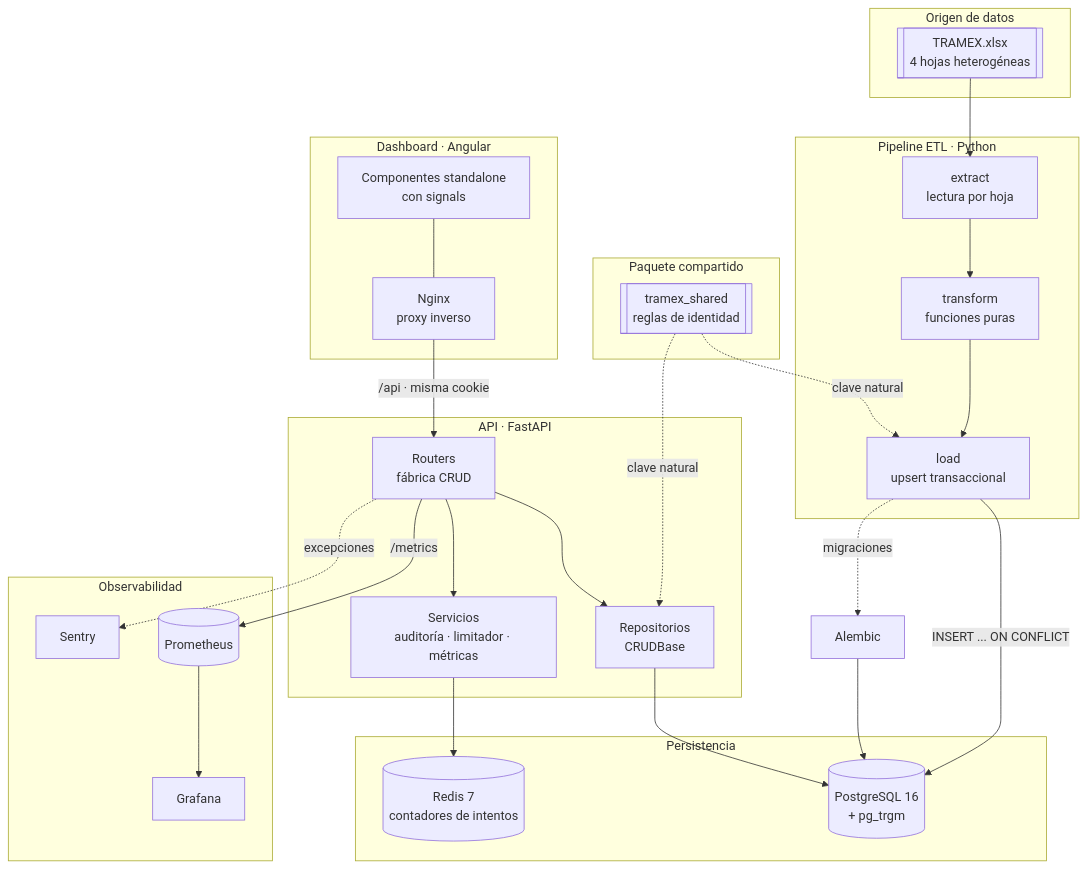
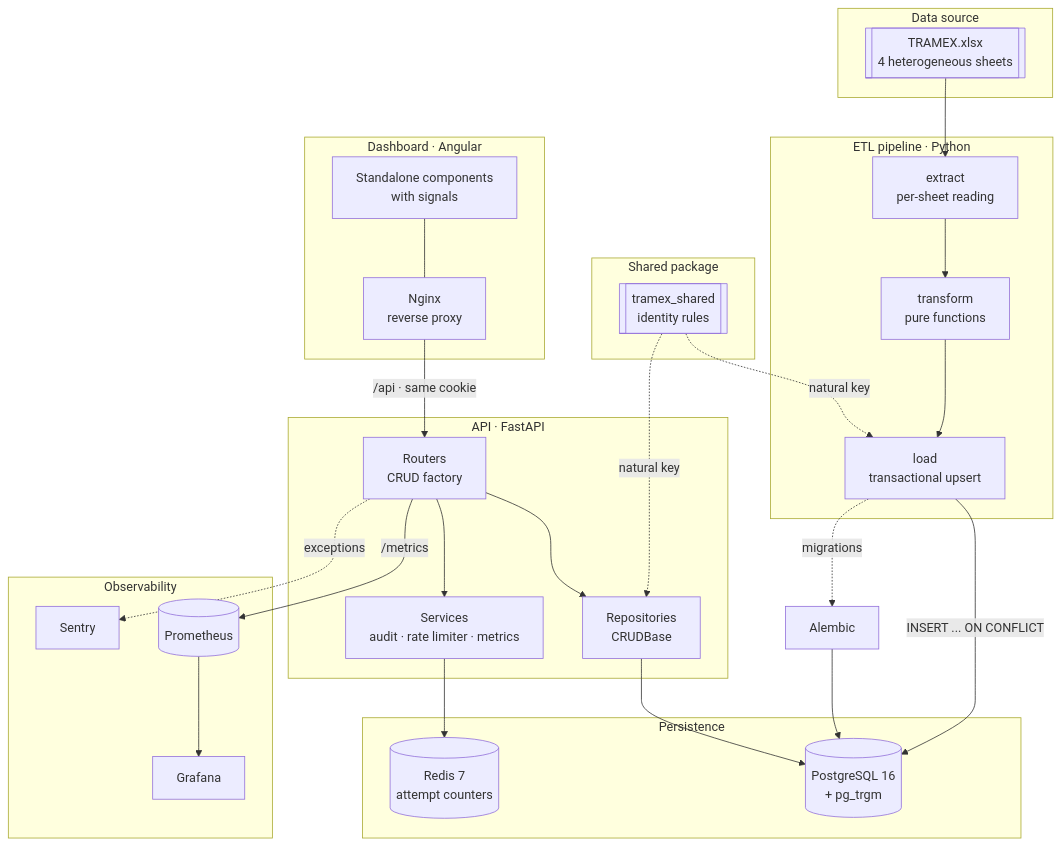
Before and after one commit to alexander-tinoco/tramex-etl: the first of 4 diagrams in README.md, drawn with Mermaid. The commit also changed other lines of this file and 10 other files, not shown here.

````diff
--- a/README.md
+++ b/README.md
@@ -52,55 +51,55 @@
 ```mermaid
 graph TB
-    subgraph Origen["Origen de datos"]
-        XLS[["TRAMEX.xlsx<br/>4 hojas heterogéneas"]]
+    subgraph Origen["Data source"]
+        XLS[["TRAMEX.xlsx<br/>4 heterogeneous sheets"]]
     end
 
-    subgraph Ingesta["Pipeline ETL · Python"]
-        EX[extract<br/>lectura por hoja]
-        TR[transform<br/>funciones puras]
-        LO[load<br/>upsert transaccional]
+    subgraph Ingesta["ETL pipeline · Python"]
+        EX[extract<br/>per-sheet reading]
+        TR[transform<br/>pure functions]
+        LO[load<br/>transactional upsert]
         EX --> TR --> LO
     end
 
-    subgraph Compartido["Paquete compartido"]
-        ID[["tramex_shared<br/>reglas de identidad"]]
+    subgraph Compartido["Shared package"]
+        ID[["tramex_shared<br/>identity rules"]]
     end
 
     subgraph Servidor["API · FastAPI"]
-        RT[Routers<br/>fábrica CRUD]
-        CR[Repositorios<br/>CRUDBase]
-        SV[Servicios<br/>auditoría · limitador · métricas]
+        RT[Routers<br/>CRUD factory]
+        CR[Repositories<br/>CRUDBase]
+        SV[Services<br/>audit · rate limiter · metrics]
         RT --> CR
         RT --> SV
     end
 
-    subgraph Datos["Persistencia"]
+    subgraph Datos["Persistence"]
         PG[("PostgreSQL 16<br/>+ pg_trgm")]
-        RD[("Redis 7<br/>contadores de intentos")]
+        RD[("Redis 7<br/>attempt counters")]
     end
 
     subgraph Cliente["Dashboard · Angular"]
-        UI[Componentes standalone<br/>con signals]
-        NG[Nginx<br/>proxy inverso]
+        UI[Standalone components<br/>with signals]
+        NG[Nginx<br/>reverse proxy]
         UI --- NG
     end
 
-    subgraph Observabilidad
+    subgraph Observabilidad["Observability"]
         PR[(Prometheus)]
         GF[Grafana]
         SE[Sentry]
     end
 
     XLS --> EX
     LO -->|"INSERT ... ON CONFLICT"| PG
-    ID -.->|clave natural| LO
-    ID -.->|clave natural| CR
-    NG -->|"/api · misma cookie"| RT
+    ID -.->|natural key| LO
+    ID -.->|natural key| CR
+    NG -->|"/api · same cookie"| RT
     CR --> PG
     SV --> RD
     RT -->|"/metrics"| PR
     PR --> GF
-    RT -.->|excepciones| SE
-    LO -.->|migraciones| AL[Alembic]
+    RT -.->|exceptions| SE
+    LO -.->|migrations| AL[Alembic]
     AL --> PG
 ```
````
